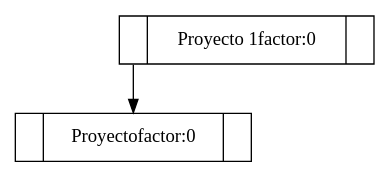
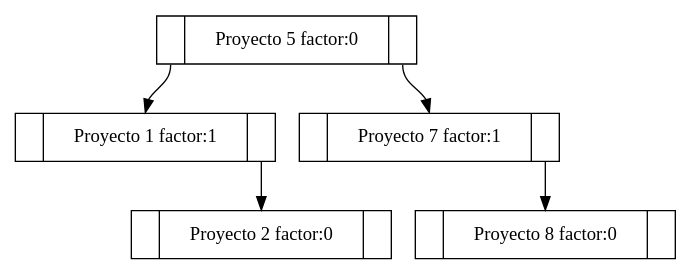
Before and after one commit to cgomez29/-EDD-Proyecto1_201801480: the diagram in salida.dot, drawn with Graphviz. The commit also changed 6 other files, not shown here.

```diff
--- a/salida.dot
+++ b/salida.dot
@@ -1,7 +1,13 @@
 digraph G{
 
 node[shape="record"]
-node01227120[label= "<f0>|<f1>Proyecto 1factor:0|<f2>"]
-node01226898[label="<f0>|<f1>Proyectofactor:0|<f2>"]
-node01227120:f0->node01226898:f1
+node01520488[label= "<f0>|<f1>Proyecto 5 factor:0|<f2>"]
+node01516A78[label="<f0>|<f1>Proyecto 1 factor:1|<f2>"]
+node01520488:f0->node01516A78:f1
+node01520080[label="<f0>|<f1>Proyecto 2 factor:0|<f2>"]
+node01516A78:f2->node01520080:f1
+node01520028[label="<f0>|<f1>Proyecto 7 factor:1|<f2>"]
+node01520488:f2->node01520028:f1
+node015200D8[label="<f0>|<f1>Proyecto 8 factor:0|<f2>"]
+node01520028:f2->node015200D8:f1
 }
```
